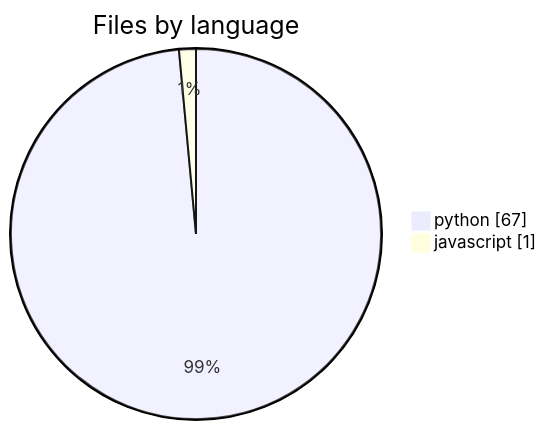
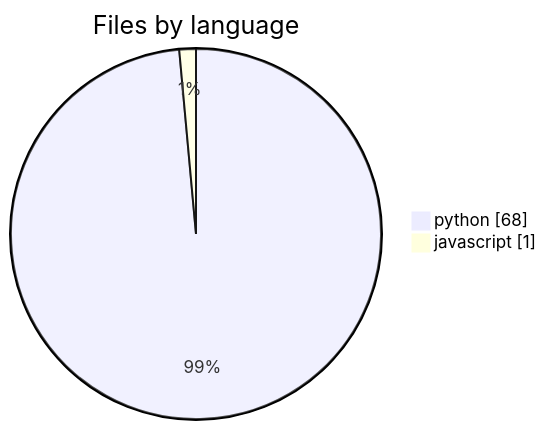
One commit to wolframs/jspace-probes changed the fourth of 6 diagrams in .mentis/context/architecture.md. Above: the diagram before and after it, drawn with Mermaid. The commit also changed other lines of this file and 62 other files, not shown here.

````diff
--- a/.mentis/context/architecture.md
+++ b/.mentis/context/architecture.md
@@ -38,5 +38,5 @@
 ```mermaid
 pie showData title Files by language
-    "python" : 67
+    "python" : 68
     "javascript" : 1
 ```
````
